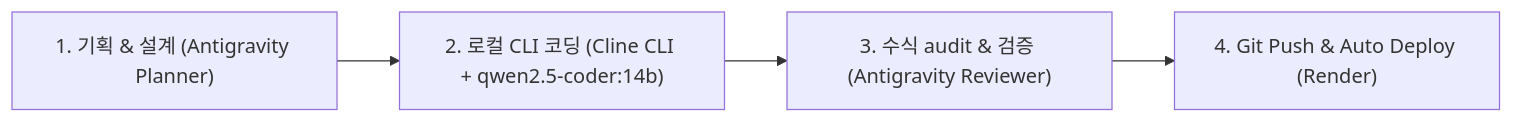
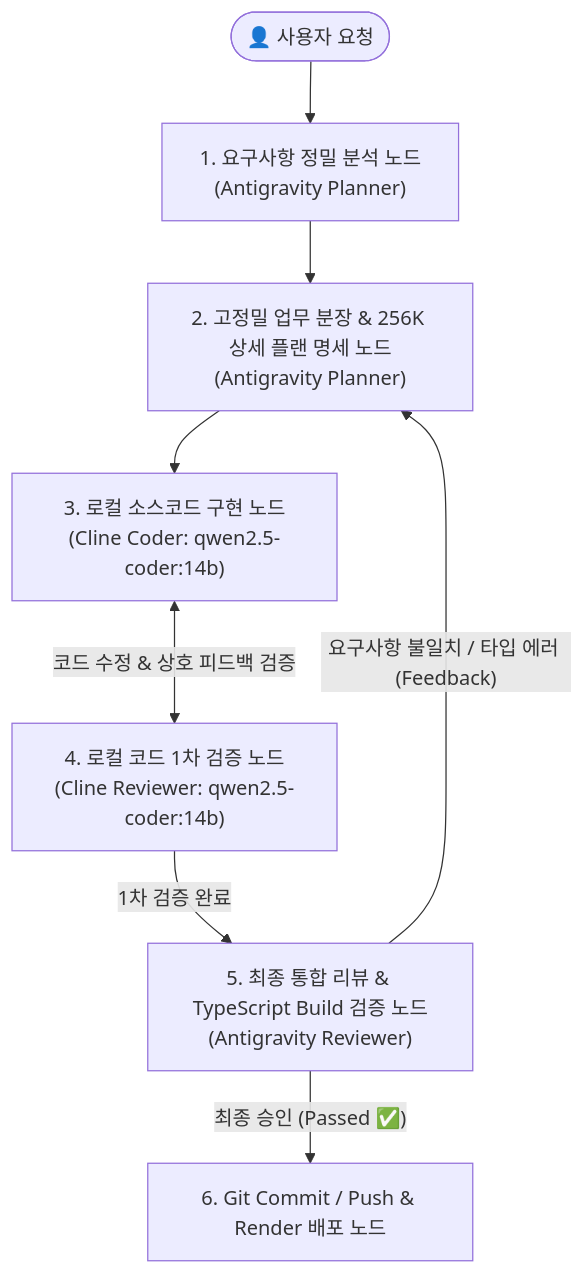
Before and after one commit to Younseob/my_pension_helper: the diagram in PROJECT.md, drawn with Mermaid. The commit also changed other lines of this file and 1 other file, not shown here.

Commit message:
Apply_Graph_Engineering_Multi_Agent_Architecture_in_PROJECT_and_rules_md

````diff
--- a/PROJECT.md
+++ b/PROJECT.md
@@ -25,6 +27,11 @@
 ```mermaid
-graph LR
-    A["1. 기획 & 설계 (Antigravity Planner)"] --> B["2. 로컬 CLI 코딩 (Cline CLI + qwen2.5-coder:14b)"]
-    B --> C["3. 수식 audit & 검증 (Antigravity Reviewer)"]
-    C --> D["4. Git Push & Auto Deploy (Render)"]
+graph TD
+    User([👤 사용자 요청]) --> Node1["1. 요구사항 정밀 분석 노드<br/>(Antigravity Planner)"]
+    Node1 --> Node2["2. 고정밀 업무 분장 & 256K 상세 플랜 명세 노드<br/>(Antigravity Planner)"]
+    Node2 --> Node3["3. 로컬 소스코드 구현 노드<br/>(Cline Coder: qwen2.5-coder:14b)"]
+    Node3 <-->|코드 수정 & 상호 피드백 검증| Node4["4. 로컬 코드 1차 검증 노드<br/>(Cline Reviewer: qwen2.5-coder:14b)"]
+    Node4 -->|1차 검증 완료| Node5["5. 최종 통합 리뷰 & TypeScript Build 검증 노드<br/>(Antigravity Reviewer)"]
+    
+    Node5 -- "요구사항 불일치 / 타입 에러 (Feedback)" --> Node2
+    Node5 -- "최종 승인 (Passed ✅)" --> Node6["6. Git Commit / Push & Render 배포 노드"]
 ```
````
